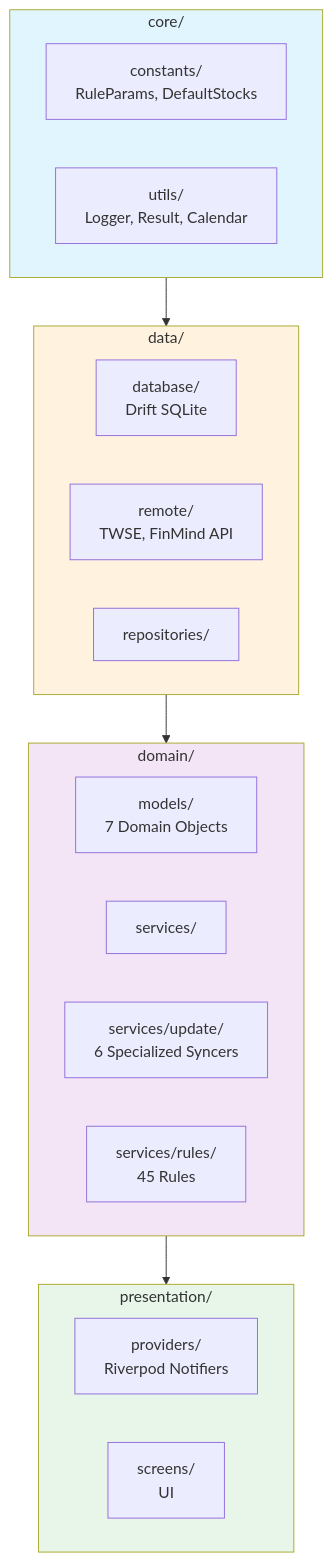
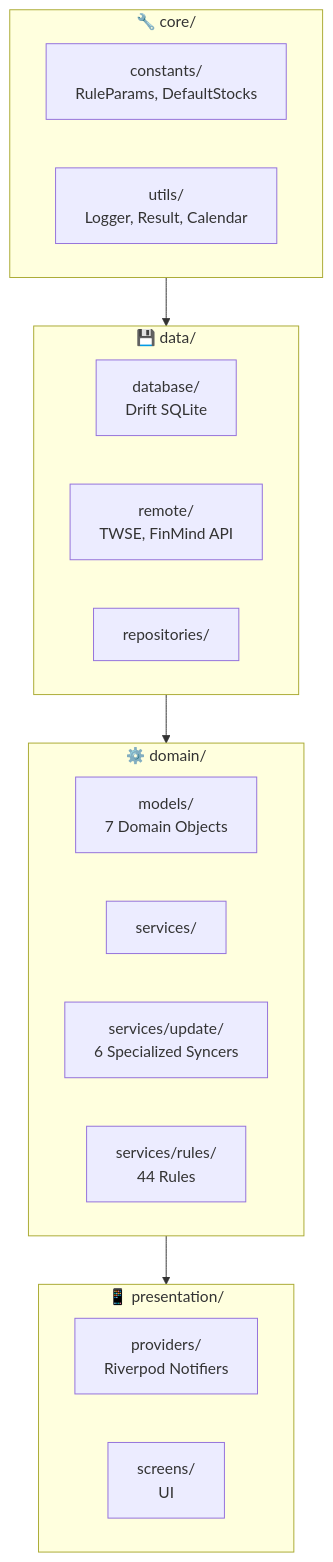
Before and after one commit to Neal75418/afterclose: the second of 6 diagrams in CLAUDE.md, drawn with Mermaid. The commit also changed other lines of this file and 2 other files, not shown here.

First line of the commit message:
docs: 更新規則引擎文件與流程圖

````diff
--- a/CLAUDE.md
+++ b/CLAUDE.md
@@ -58,34 +41,29 @@
 ```mermaid
 flowchart TB
-    subgraph Core["core/"]
+    subgraph Core["🔧 core/"]
         Constants["constants/<br/>RuleParams, DefaultStocks"]
         Utils["utils/<br/>Logger, Result, Calendar"]
     end
 
-    subgraph Data["data/"]
+    subgraph Data["💾 data/"]
         Database["database/<br/>Drift SQLite"]
         Remote["remote/<br/>TWSE, FinMind API"]
         Repos["repositories/"]
     end
 
-    subgraph Domain["domain/"]
+    subgraph Domain["⚙️ domain/"]
         Models["models/<br/>7 Domain Objects"]
         Services["services/"]
         Update["services/update/<br/>6 Specialized Syncers"]
-        Rules["services/rules/<br/>45 Rules"]
+        Rules["services/rules/<br/>44 Rules"]
     end
 
-    subgraph Presentation["presentation/"]
+    subgraph Presentation["📱 presentation/"]
         Providers["providers/<br/>Riverpod Notifiers"]
         Screens["screens/<br/>UI"]
     end
 
     Core --> Data
     Data --> Domain
     Domain --> Presentation
-
-    style Core fill:#e1f5fe
-    style Data fill:#fff3e0
-    style Domain fill:#f3e5f5
-    style Presentation fill:#e8f5e9
 ```
````
